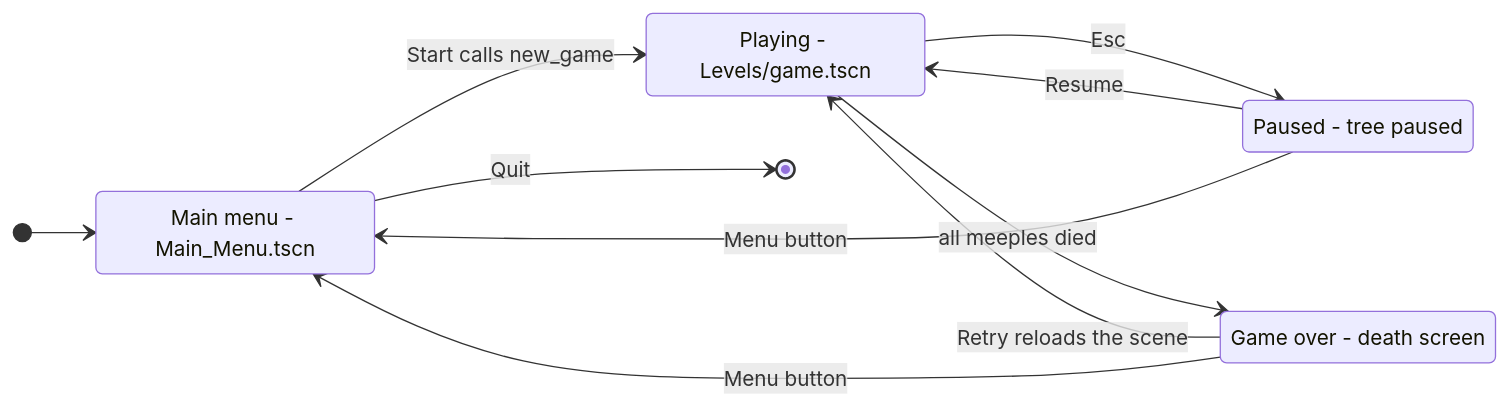
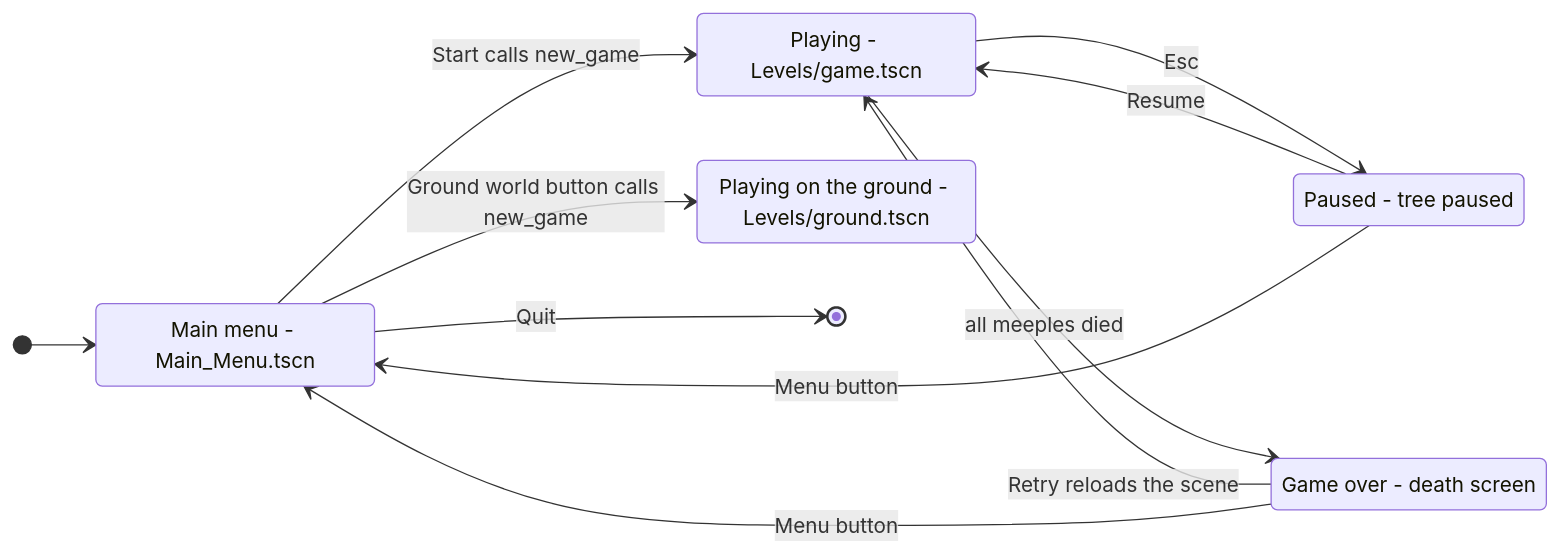
Before and after one commit to Liam-M-Mays/game-jam-2026: the eighth of 11 diagrams in docs/architecture.md, drawn with Mermaid. The commit also changed other lines of this file and 9 other files, not shown here.

Commit message:
Add the ground scene: a round world on the jam's ground, with trees, rocks and bushes by its areas

````diff
--- a/docs/architecture.md
+++ b/docs/architecture.md
@@ -268,18 +295,20 @@
 ```mermaid
 stateDiagram-v2
     direction LR
     MainMenu: Main menu - Main_Menu.tscn
     Playing: Playing - Levels/game.tscn
+    Ground: Playing on the ground - Levels/ground.tscn
     Paused: Paused - tree paused
     GameOver: Game over - death screen
 
     [*] --> MainMenu
     MainMenu --> Playing: Start calls new_game
+    MainMenu --> Ground: Ground world button calls new_game
     Playing --> Paused: Esc
     Paused --> Playing: Resume
     Paused --> MainMenu: Menu button
     Playing --> GameOver: all meeples died
     GameOver --> Playing: Retry reloads the scene
     GameOver --> MainMenu: Menu button
     MainMenu --> [*]: Quit
 ```
````
